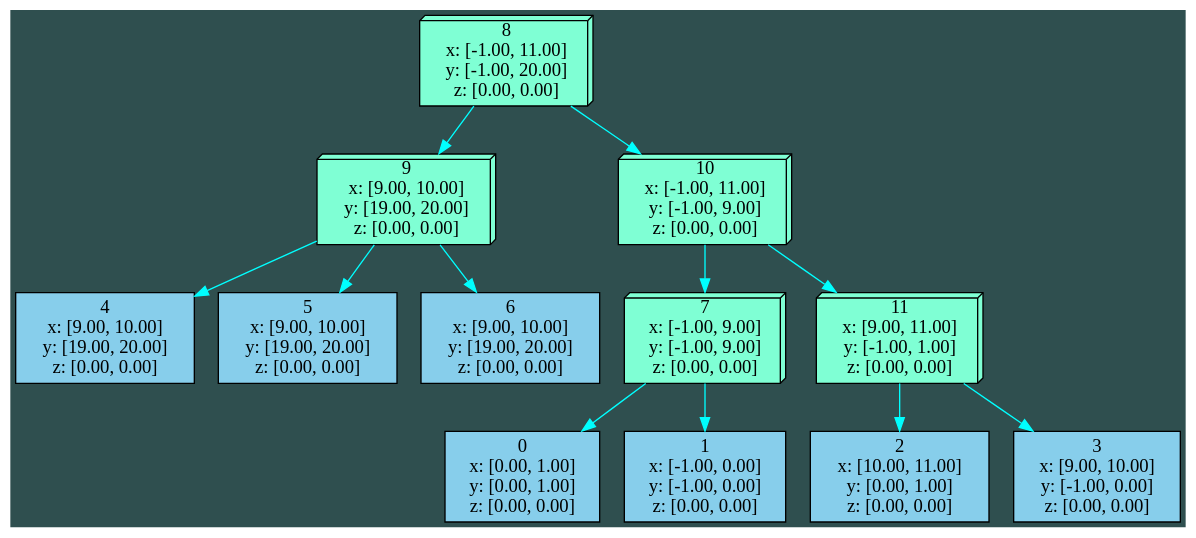
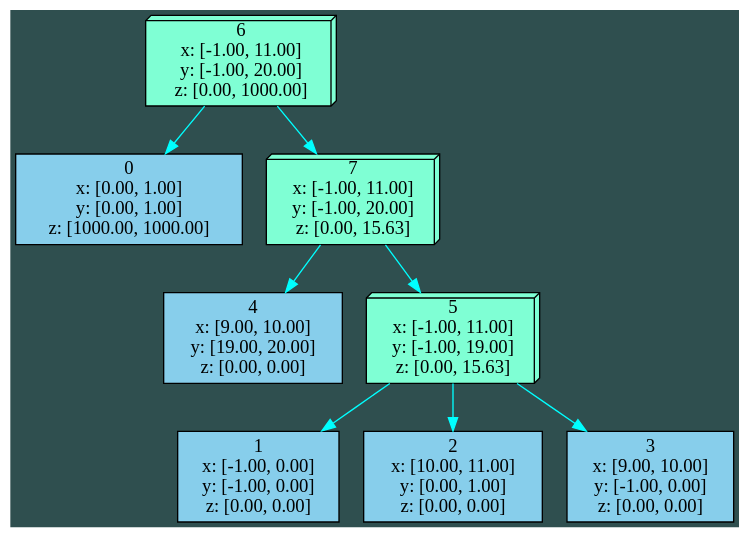
The diagram in tmp_cfg.dot (71frukt/Triangles), drawn with Graphviz before and after one commit. The commit also changed 6 other files, not shown here.

```diff
--- a/tmp_cfg.dot
+++ b/tmp_cfg.dot
@@ -1,75 +1,51 @@
 digraph G{                                       
    bgcolor = "darkslategray"
    edge [color = "aqua"]; 
 node_0x608000000020[  shape     = "box", style     = filled, fillcolor = "skyblue", label     = "0
 x: [0.00, 1.00]
 y: [0.00, 1.00]
-z: [0.00, 0.00]
+z: [1000.00, 1000.00]
 "]
 node_0x6080000000a0[  shape     = "box", style     = filled, fillcolor = "skyblue", label     = "1
 x: [-1.00, 0.00]
 y: [-1.00, 0.00]
 z: [0.00, 0.00]
 "]
 node_0x608000000120[  shape     = "box", style     = filled, fillcolor = "skyblue", label     = "2
 x: [10.00, 11.00]
 y: [0.00, 1.00]
 z: [0.00, 0.00]
 "]
 node_0x6080000001a0[  shape     = "box", style     = filled, fillcolor = "skyblue", label     = "3
 x: [9.00, 10.00]
 y: [-1.00, 0.00]
 z: [0.00, 0.00]
 "]
 node_0x608000000220[  shape     = "box", style     = filled, fillcolor = "skyblue", label     = "4
 x: [9.00, 10.00]
 y: [19.00, 20.00]
 z: [0.00, 0.00]
 "]
-node_0x6080000002a0[  shape     = "box", style     = filled, fillcolor = "skyblue", label     = "5
-x: [9.00, 10.00]
-y: [19.00, 20.00]
-z: [0.00, 0.00]
+node_0x60b000000040[  shape     = "box3d", style     = filled, fillcolor = "aquamarine", label     = "5
+x: [-1.00, 11.00]
+y: [-1.00, 19.00]
+z: [0.00, 15.63]
 "]
-node_0x608000000320[  shape     = "box", style     = filled, fillcolor = "skyblue", label     = "6
-x: [9.00, 10.00]
-y: [19.00, 20.00]
-z: [0.00, 0.00]
-"]
-node_0x60b000000040[  shape     = "box3d", style     = filled, fillcolor = "aquamarine", label     = "7
-x: [-1.00, 9.00]
-y: [-1.00, 9.00]
-z: [0.00, 0.00]
-"]
-node_0x60b0000009e0[  shape     = "box3d", style     = filled, fillcolor = "aquamarine", label     = "8
+node_0x60b0000009e0[  shape     = "box3d", style     = filled, fillcolor = "aquamarine", label     = "6
 x: [-1.00, 11.00]
 y: [-1.00, 20.00]
-z: [0.00, 0.00]
+z: [0.00, 1000.00]
 "]
-node_0x60b000000930[  shape     = "box3d", style     = filled, fillcolor = "aquamarine", label     = "9
-x: [9.00, 10.00]
-y: [19.00, 20.00]
-z: [0.00, 0.00]
+node_0x60b0000035e0[  shape     = "box3d", style     = filled, fillcolor = "aquamarine", label     = "7
+x: [-1.00, 11.00]
+y: [-1.00, 20.00]
+z: [0.00, 15.63]
 "]
-node_0x60b0000016f0[  shape     = "box3d", style     = filled, fillcolor = "aquamarine", label     = "10
-x: [-1.00, 11.00]
-y: [-1.00, 9.00]
-z: [0.00, 0.00]
-"]
-node_0x60b000001640[  shape     = "box3d", style     = filled, fillcolor = "aquamarine", label     = "11
-x: [9.00, 11.00]
-y: [-1.00, 1.00]
-z: [0.00, 0.00]
-"]
-node_0x60b000000040->node_0x608000000020
 node_0x60b000000040->node_0x6080000000a0
-node_0x60b0000009e0->node_0x60b000000930
-node_0x60b0000009e0->node_0x60b0000016f0
-node_0x60b000000930->node_0x608000000220
-node_0x60b000000930->node_0x6080000002a0
-node_0x60b000000930->node_0x608000000320
-node_0x60b0000016f0->node_0x60b000000040
-node_0x60b0000016f0->node_0x60b000001640
-node_0x60b000001640->node_0x608000000120
-node_0x60b000001640->node_0x6080000001a0
+node_0x60b000000040->node_0x608000000120
+node_0x60b000000040->node_0x6080000001a0
+node_0x60b0000009e0->node_0x60b0000035e0
+node_0x60b0000009e0->node_0x608000000020
+node_0x60b0000035e0->node_0x60b000000040
+node_0x60b0000035e0->node_0x608000000220
 }
```
